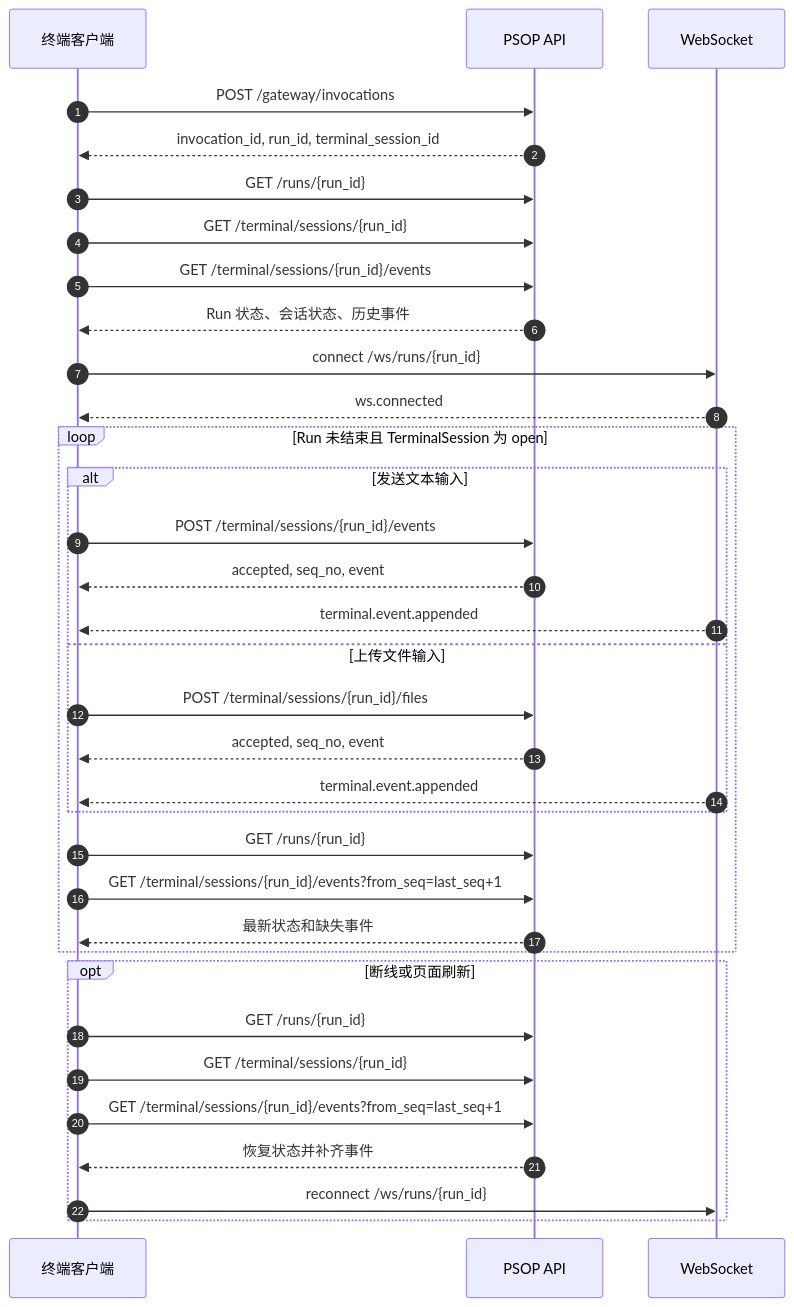
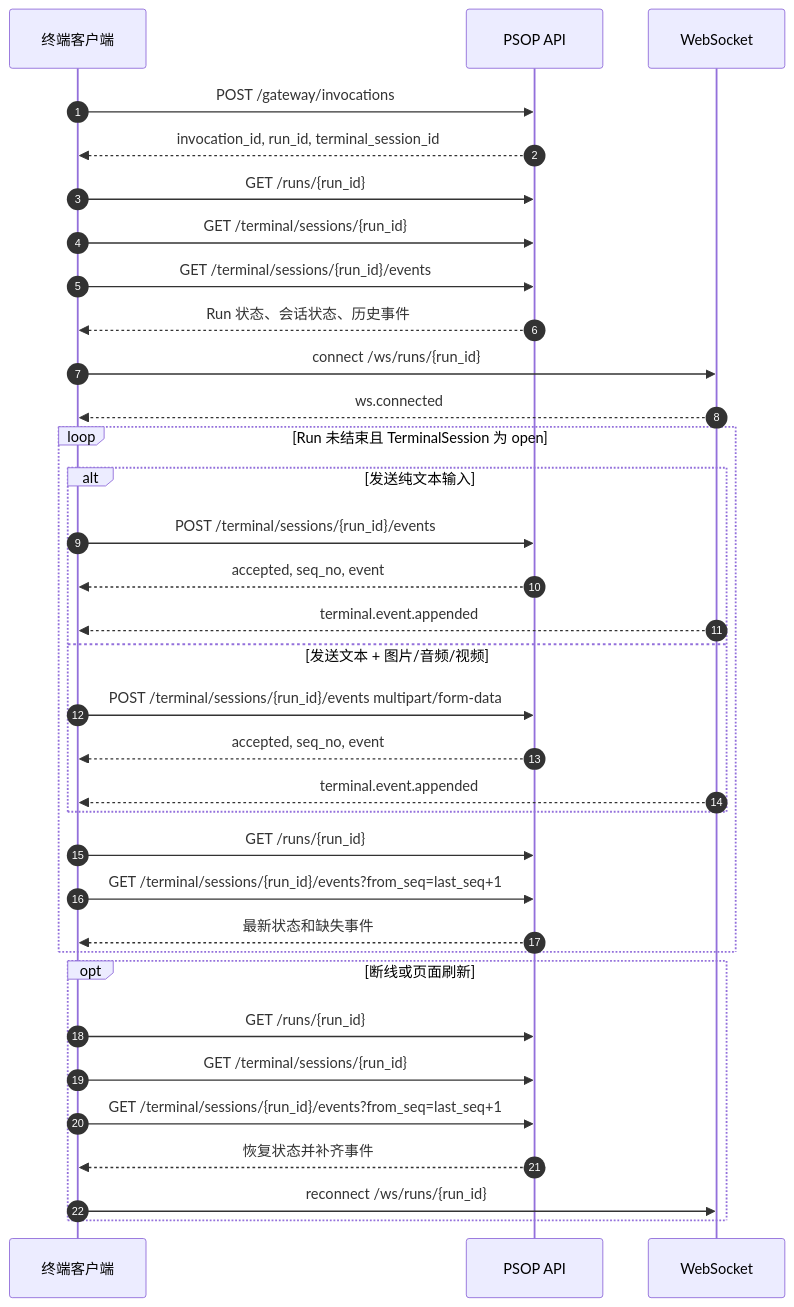
One commit to servforce/psop changed the diagram in docs/PSOP终端接入说明v1.md. Above: the diagram before and after it, drawn with Mermaid. The commit also changed other lines of this file and 27 other files, not shown here.

Commit message:
Implement multimodal terminal events

````diff
--- a/docs/PSOP终端接入说明v1.md
+++ b/docs/PSOP终端接入说明v1.md
@@ -98,41 +105,41 @@
 ```mermaid
 sequenceDiagram
     autonumber
     participant T as 终端客户端
     participant API as PSOP API
     participant WS as WebSocket
 
     T->>API: POST /gateway/invocations
     API-->>T: invocation_id, run_id, terminal_session_id
 
     T->>API: GET /runs/{run_id}
     T->>API: GET /terminal/sessions/{run_id}
     T->>API: GET /terminal/sessions/{run_id}/events
     API-->>T: Run 状态、会话状态、历史事件
 
     T->>WS: connect /ws/runs/{run_id}
     WS-->>T: ws.connected
 
     loop Run 未结束且 TerminalSession 为 open
-        alt 发送文本输入
+        alt 发送纯文本输入
             T->>API: POST /terminal/sessions/{run_id}/events
             API-->>T: accepted, seq_no, event
             WS-->>T: terminal.event.appended
-        else 上传文件输入
-            T->>API: POST /terminal/sessions/{run_id}/files
+        else 发送文本 + 图片/音频/视频
+            T->>API: POST /terminal/sessions/{run_id}/events multipart/form-data
             API-->>T: accepted, seq_no, event
             WS-->>T: terminal.event.appended
         end
         T->>API: GET /runs/{run_id}
         T->>API: GET /terminal/sessions/{run_id}/events?from_seq=last_seq+1
         API-->>T: 最新状态和缺失事件
     end
 
     opt 断线或页面刷新
         T->>API: GET /runs/{run_id}
         T->>API: GET /terminal/sessions/{run_id}
         T->>API: GET /terminal/sessions/{run_id}/events?from_seq=last_seq+1
         API-->>T: 恢复状态并补齐事件
         T->>WS: reconnect /ws/runs/{run_id}
     end
 ```
````
